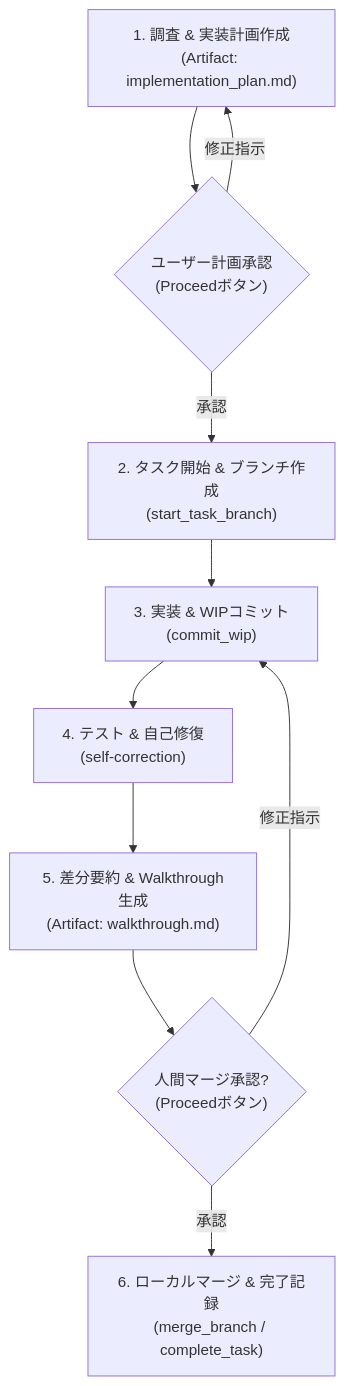
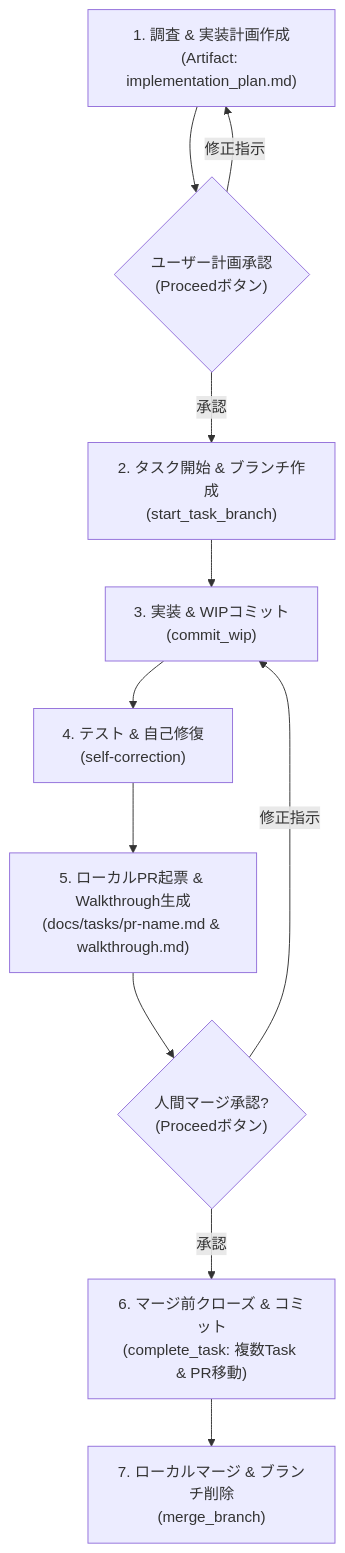
One commit to nebula121/AIDD_Template changed the diagram in .agents/skills/local-workflow/SKILL.md. Above: the diagram before and after it, drawn with Mermaid. The commit also changed other lines of this file and 3 other files, not shown here.

````diff
--- a/.agents/skills/local-workflow/SKILL.md
+++ b/.agents/skills/local-workflow/SKILL.md
@@ -20,12 +20,13 @@
 ```mermaid
 flowchart TD
     Step1["1. 調査 & 実装計画作成<br/>(Artifact: implementation_plan.md)"] --> ApprovePlan{"ユーザー計画承認<br/>(Proceedボタン)"}
     ApprovePlan -- 承認 --> Step2["2. タスク開始 & ブランチ作成<br/>(start_task_branch)"]
     Step2 --> Step3["3. 実装 & WIPコミット<br/>(commit_wip)"]
     Step3 --> Step4["4. テスト & 自己修復<br/>(self-correction)"]
-    Step4 --> Step5["5. 差分要約 & Walkthrough生成<br/>(Artifact: walkthrough.md)"]
+    Step4 --> Step5["5. ローカルPR起票 & Walkthrough生成<br/>(docs/tasks/pr-name.md & walkthrough.md)"]
     Step5 --> ApproveMerge{"人間マージ承認?<br/>(Proceedボタン)"}
-    ApproveMerge -- 承認 --> Step6["6. ローカルマージ & 完了記録<br/>(merge_branch / complete_task)"]
+    ApproveMerge -- 承認 --> Step6["6. マージ前クローズ & コミット<br/>(complete_task: 複数Task & PR移動)"]
+    Step6 --> Step7["7. ローカルマージ & ブランチ削除<br/>(merge_branch)"]
     ApprovePlan -- 修正指示 --> Step1
     ApproveMerge -- 修正指示 --> Step3
 ```
````
